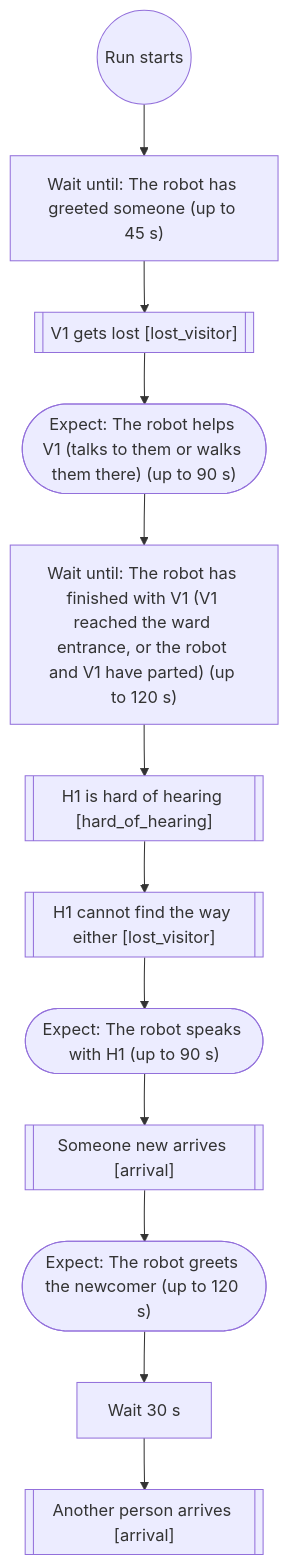
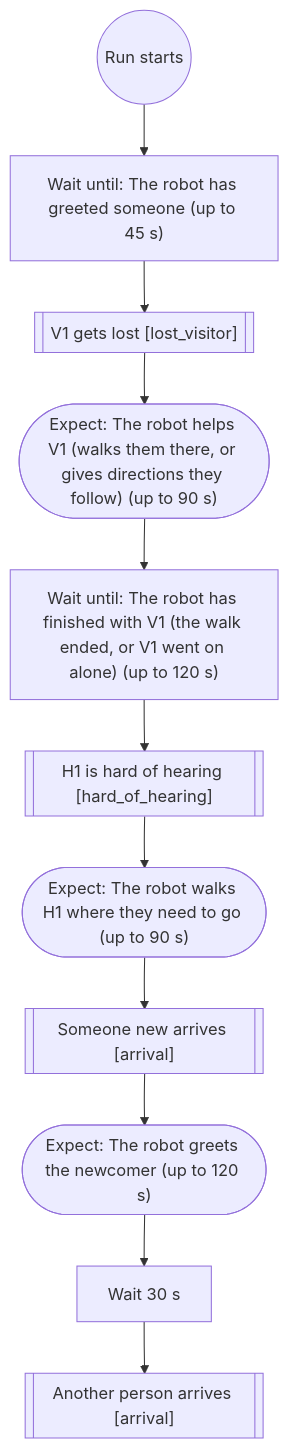
The fifth of 9 diagrams in docs/scenario-flows.md (Bkrakshith/hospital-sim-agents), drawn with Mermaid before and after one commit. The commit also changed other lines of this file and 12 other files, not shown here.

````diff
--- a/docs/scenario-flows.md
+++ b/docs/scenario-flows.md
@@ -159,26 +166,24 @@
 ```mermaid
 flowchart TD
   n1(("Run starts"))
   n2["Wait until: The robot has greeted someone (up to 45 s)"]
   n1 --> n2
   n3[["V1 gets lost [lost_visitor]"]]
   n2 --> n3
-  n4(["Expect: The robot helps V1 (talks to them or walks them there) (up to 90 s)"])
+  n4(["Expect: The robot helps V1 (walks them there, or gives directions they follow) (up to 90 s)"])
   n3 --> n4
-  n5["Wait until: The robot has finished with V1 (V1 reached the ward entrance, or the robot and V1 have parted) (up to 120 s)"]
+  n5["Wait until: The robot has finished with V1 (the walk ended, or V1 went on alone) (up to 120 s)"]
   n4 --> n5
   n6[["H1 is hard of hearing [hard_of_hearing]"]]
   n5 --> n6
-  n7[["H1 cannot find the way either [lost_visitor]"]]
+  n7(["Expect: The robot walks H1 where they need to go (up to 90 s)"])
   n6 --> n7
-  n8(["Expect: The robot speaks with H1 (up to 90 s)"])
+  n8[["Someone new arrives [arrival]"]]
   n7 --> n8
-  n9[["Someone new arrives [arrival]"]]
+  n9(["Expect: The robot greets the newcomer (up to 120 s)"])
   n8 --> n9
-  n10(["Expect: The robot greets the newcomer (up to 120 s)"])
+  n10["Wait 30 s"]
   n9 --> n10
-  n11["Wait 30 s"]
+  n11[["Another person arrives [arrival]"]]
   n10 --> n11
-  n12[["Another person arrives [arrival]"]]
-  n11 --> n12
 ```
````
